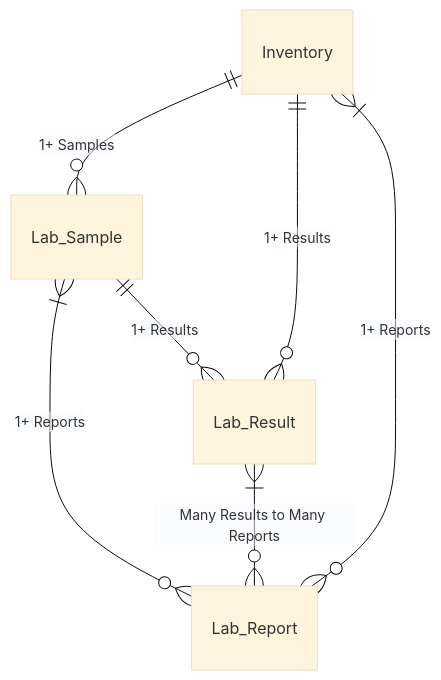
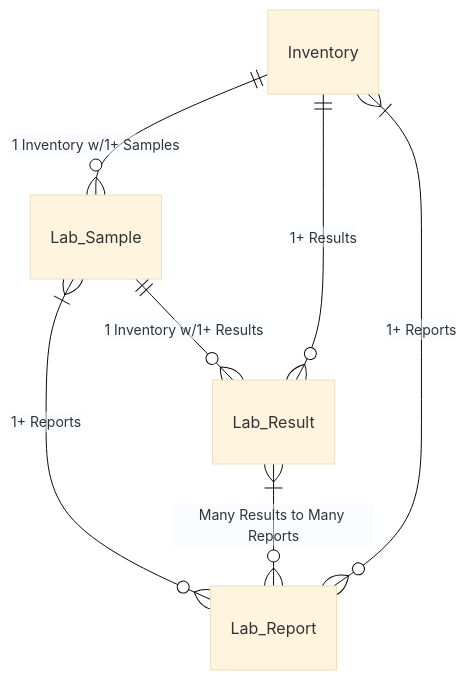
The first of 2 diagrams in README.md (openthc/lab), drawn with Mermaid (base theme) before and after one commit. The commit also changed other lines of this file, not shown here.

Commit message:
update diagrams

````diff
--- a/README.md
+++ b/README.md
@@ -7,9 +7,9 @@
 ```mermaid
 erDiagram
-  Inventory ||--o{ Lab_Sample : "1+ Samples"
-  Lab_Sample ||--o{ Lab_Result : "1+ Results"
+  Inventory ||--o{ Lab_Sample : "1 Inventory w/1+ Samples"
+  Lab_Sample ||--o{ Lab_Result : "1 Inventory w/1+ Results"
   Lab_Sample }|--o{ Lab_Report : "1+ Reports"
   Lab_Result }|--o{ Lab_Report : "Many Results to Many Reports"
   Inventory ||--o{ Lab_Result : "1+ Results"
   Lab_Report }o--|{ Inventory : "1+ Reports"
 ```
````
